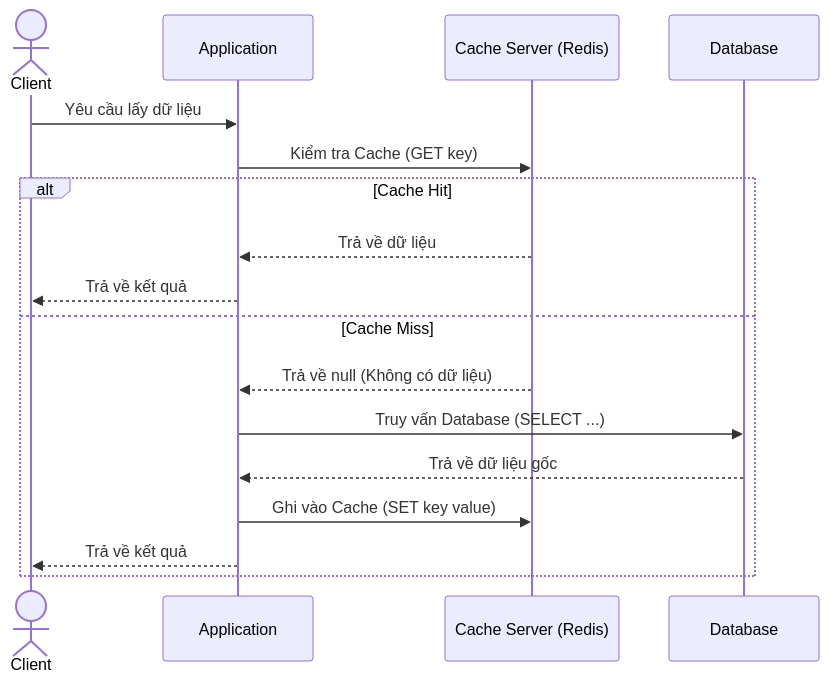
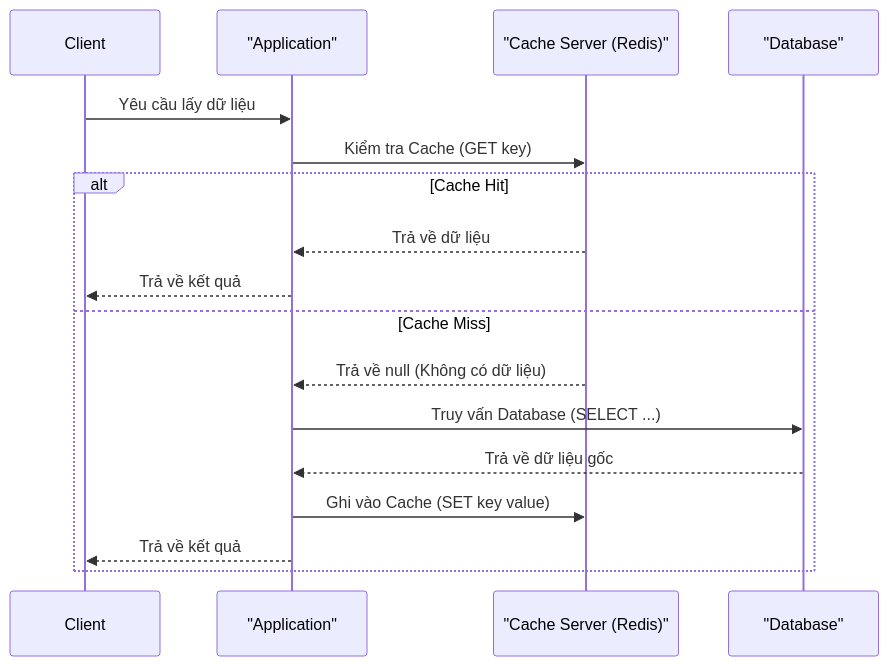
One commit to daoductam/advanced-backend-docs changed the third of 17 diagrams in caching-design/README.md. Above: the diagram before and after it, drawn with Mermaid. The commit also changed other lines of this file and 1 other file, not shown here.

Commit message:
fix: remaining mermaid diagram parse errors

````diff
--- a/caching-design/README.md
+++ b/caching-design/README.md
@@ -129,20 +129,20 @@
 ```mermaid
 sequenceDiagram
-    actor Client
-    participant App as Application
-    participant Cache as Cache Server (Redis)
-    participant DB as Database
+    participant Client
+    participant App as "Application"
+    participant Cache as "Cache Server (Redis)"
+    participant DB as "Database"
     
     Client->>App: Yêu cầu lấy dữ liệu
     App->>Cache: Kiểm tra Cache (GET key)
     alt Cache Hit
         Cache-->>App: Trả về dữ liệu
         App-->>Client: Trả về kết quả
     else Cache Miss
         Cache-->>App: Trả về null (Không có dữ liệu)
         App->>DB: Truy vấn Database (SELECT ...)
         DB-->>App: Trả về dữ liệu gốc
         App->>Cache: Ghi vào Cache (SET key value)
         App-->>Client: Trả về kết quả
     end
 ```
````
